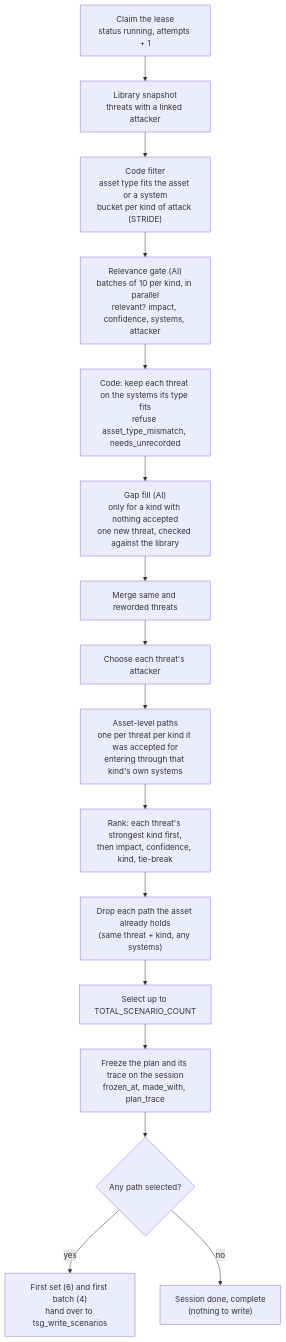
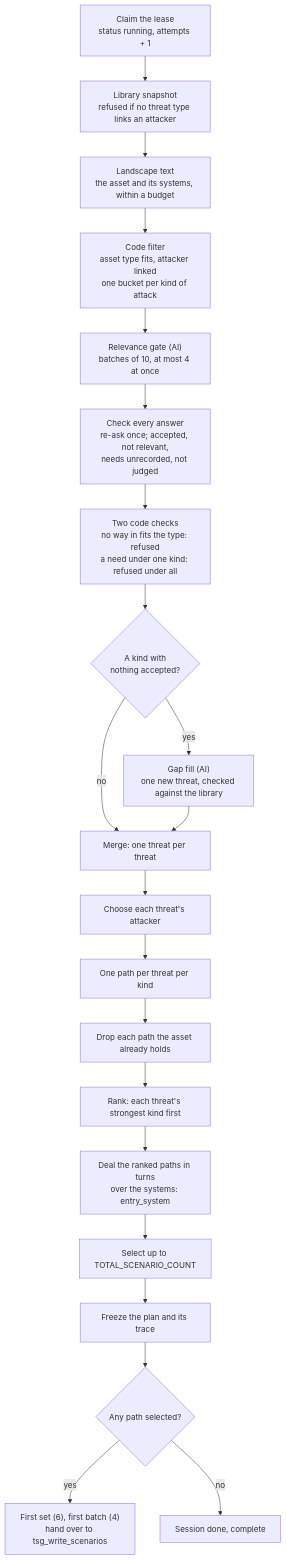
The fifth of 13 diagrams in docs/TSG_END_TO_END_FLOW.md (gopalchettri/cii), drawn with Mermaid before and after one commit. The commit also changed other lines of this file, not shown here.

First line of the commit message:
Docs: the TSG end-to-end flow with one real worked run, step by step

````diff
--- a/docs/TSG_END_TO_END_FLOW.md
+++ b/docs/TSG_END_TO_END_FLOW.md
@@ -262,18 +976,23 @@
 ```mermaid
 flowchart TB
-    C["Claim the lease<br/>status running, attempts + 1"] --> LIB["Library snapshot<br/>threats with a linked attacker"]
-    LIB --> F["Code filter<br/>asset type fits the asset or a system<br/>bucket per kind of attack (STRIDE)"]
-    F --> G["Relevance gate (AI)<br/>batches of 10 per kind, in parallel<br/>relevant? impact, confidence, systems, attacker"]
-    G --> PL["Code: keep each threat on the systems its type fits<br/>refuse asset_type_mismatch, needs_unrecorded"]
-    PL --> GF["Gap fill (AI)<br/>only for a kind with nothing accepted<br/>one new threat, checked against the library"]
-    GF --> MG["Merge same and reworded threats"]
-    MG --> AT["Choose each threat's attacker"]
-    AT --> GR["Asset-level paths<br/>one per threat per kind it was accepted for<br/>entering through that kind's own systems"]
-    GR --> RK["Rank: each threat's strongest kind first,<br/>then impact, confidence, kind, tie-break"]
-    RK --> DROP["Drop each path the asset already holds<br/>(same threat + kind, any systems)"]
-    DROP --> SEL["Select up to TOTAL_SCENARIO_COUNT"]
-    SEL --> FZ["Freeze the plan and its trace on the session<br/>frozen_at, made_with, plan_trace"]
-    FZ --> FR{"Any path selected?"}
-    FR -- yes --> HO["First set (6) and first batch (4)<br/>hand over to tsg_write_scenarios"]
-    FR -- no --> END["Session done, complete<br/>(nothing to write)"]
+    A["Claim the lease<br/>status running, attempts + 1"] --> B["Library snapshot<br/>refused if no threat type links an attacker"]
+    B --> C["Landscape text<br/>the asset and its systems, within a budget"]
+    C --> D["Code filter<br/>asset type fits, attacker linked<br/>one bucket per kind of attack"]
+    D --> E["Relevance gate (AI)<br/>batches of 10, at most 4 at once"]
+    E --> F["Check every answer<br/>re-ask once; accepted, not relevant,<br/>needs unrecorded, not judged"]
+    F --> G["Two code checks<br/>no way in fits the type: refused<br/>a need under one kind: refused under all"]
+    G --> H{"A kind with<br/>nothing accepted?"}
+    H -- yes --> I["Gap fill (AI)<br/>one new threat, checked against the library"]
+    H -- no --> J["Merge: one threat per threat"]
+    I --> J
+    J --> K["Choose each threat's attacker"]
+    K --> L["One path per threat per kind"]
+    L --> M["Drop each path the asset already holds"]
+    M --> N["Rank: each threat's strongest kind first"]
+    N --> O["Deal the ranked paths in turns<br/>over the systems: entry_system"]
+    O --> P["Select up to TOTAL_SCENARIO_COUNT"]
+    P --> Q["Freeze the plan and its trace"]
+    Q --> R{"Any path selected?"}
+    R -- yes --> S["First set (6), first batch (4)<br/>hand over to tsg_write_scenarios"]
+    R -- no --> T["Session done, complete"]
 ```
````
